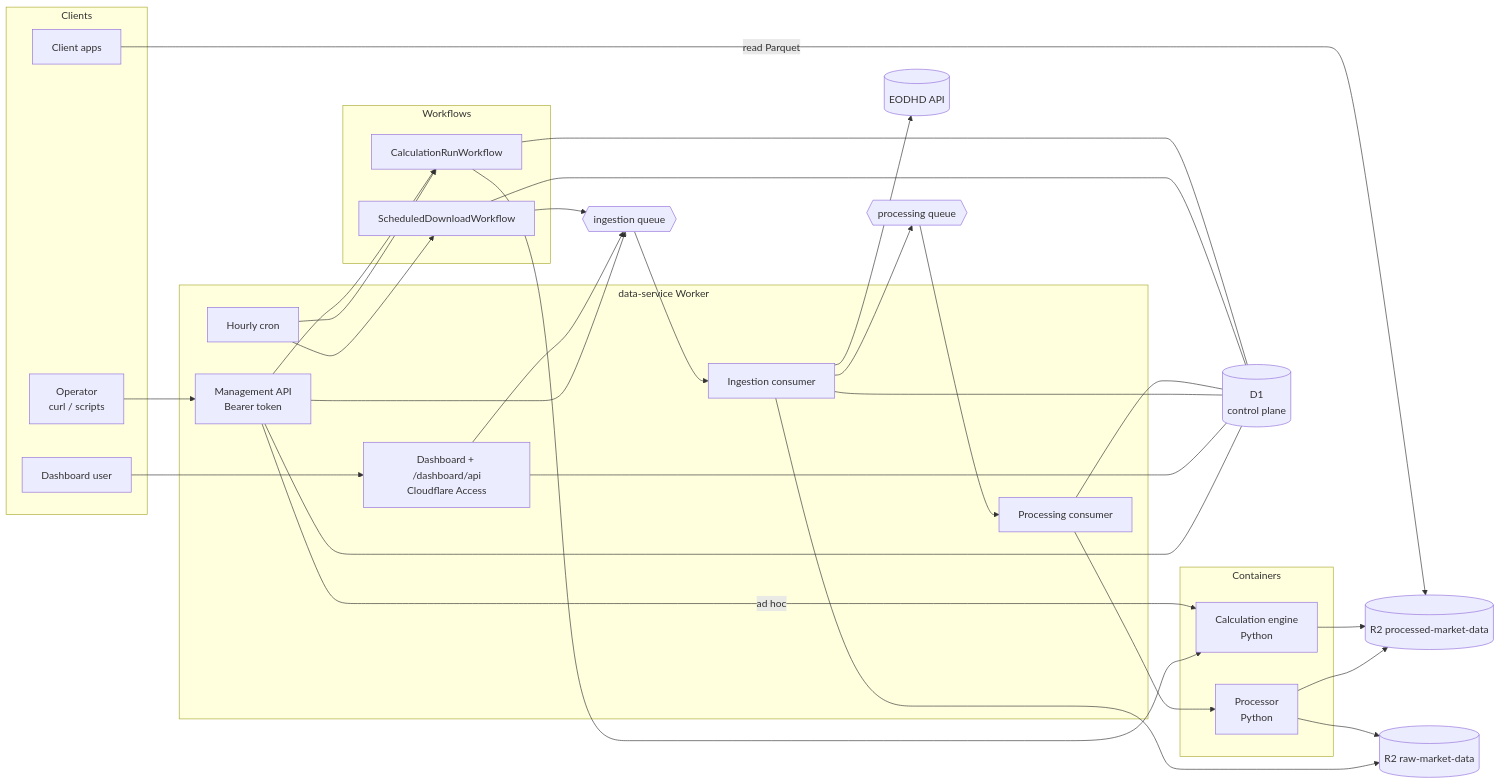
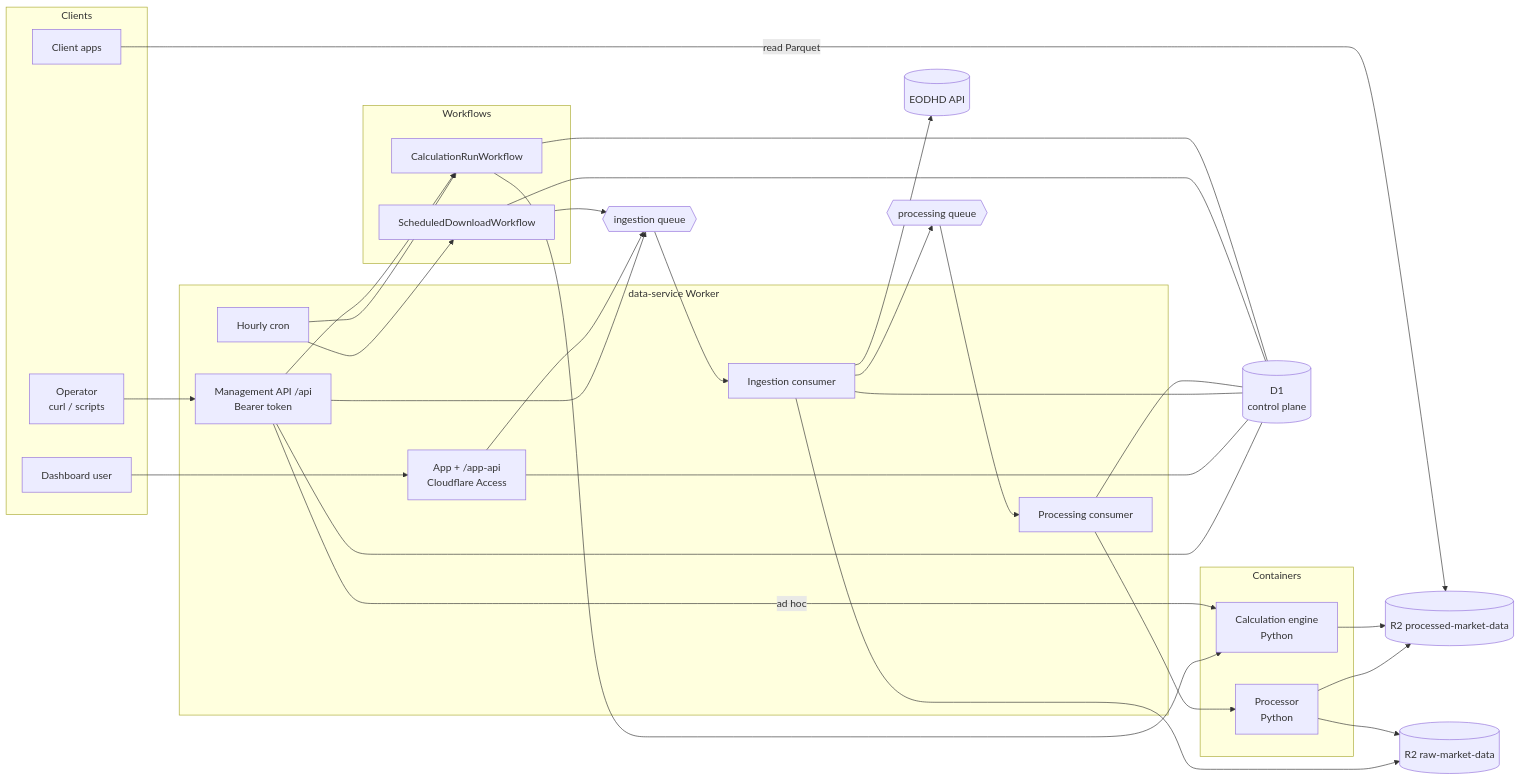
Before and after one commit to maxime-filippini/data-service: the diagram in docs/src/content/docs/index.mdx, drawn with Mermaid. The commit also changed other lines of this file and 12 other files, not shown here.

Commit message:
docs: describe the SvelteKit app and the /api prefix

````diff
--- a/docs/src/content/docs/index.mdx
+++ b/docs/src/content/docs/index.mdx
@@ -24,55 +24,55 @@
 ```mermaid
 flowchart LR
   subgraph Clients
     apps[Client apps]
     ops[Operator<br/>curl / scripts]
     browser[Dashboard user]
   end
 
   subgraph Worker["data-service Worker"]
-    api[Management API<br/>Bearer token]
-    dash[Dashboard + /dashboard/api<br/>Cloudflare Access]
+    api[Management API /api<br/>Bearer token]
+    dash[App + /app-api<br/>Cloudflare Access]
     cron[Hourly cron]
     ingc[Ingestion consumer]
     procc[Processing consumer]
   end
 
   subgraph Workflows
     sdw[ScheduledDownloadWorkflow]
     crw[CalculationRunWorkflow]
   end
 
   subgraph Containers
     proc[Processor<br/>Python]
     eng[Calculation engine<br/>Python]
   end
 
   provider[(EODHD API)]
   d1[(D1<br/>control plane)]
   raw[(R2 raw-market-data)]
   processed[(R2 processed-market-data)]
   iq{{ingestion queue}}
   pq{{processing queue}}
 
   ops --> api
   browser --> dash
   cron --> sdw
   cron --> crw
   api --> iq
   api --> crw
   dash --> iq
   sdw --> iq
   iq --> ingc
   ingc --> provider
   ingc --> raw
   ingc --> pq
   pq --> procc
   procc --> proc
   proc --> raw
   proc --> processed
   crw --> eng
   api -- ad hoc --> eng
   eng --> processed
   api & dash & ingc & procc & sdw & crw --- d1
   apps -- read Parquet --> processed
 ```
````
